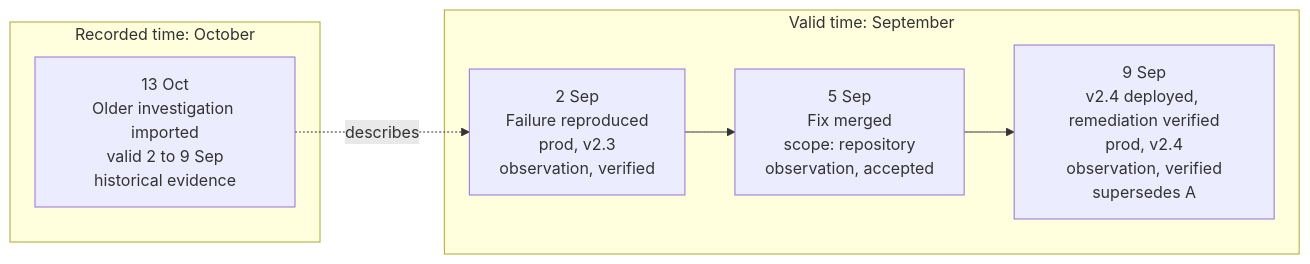
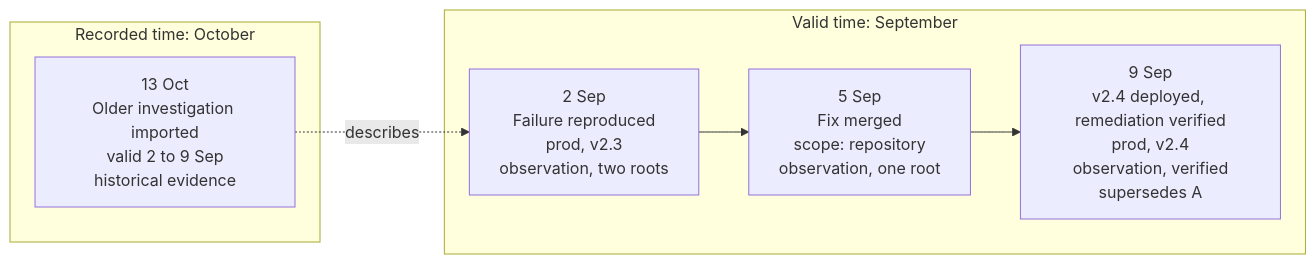
One commit to rztaylor/Froodbase changed the fifth of 9 diagrams in docs/planning/05-how-froodbase-works.md. Above: the diagram before and after it, drawn with Mermaid. The commit also changed other lines of this file and 14 other files, not shown here.

````diff
--- a/docs/planning/05-how-froodbase-works.md
+++ b/docs/planning/05-how-froodbase-works.md
@@ -211,13 +220,13 @@
 ```mermaid
 flowchart LR
     subgraph Sep["Valid time: September"]
-        A["2 Sep<br/>Failure reproduced<br/>prod, v2.3<br/>observation, verified"]
-        B["5 Sep<br/>Fix merged<br/>scope: repository<br/>observation, accepted"]
+        A["2 Sep<br/>Failure reproduced<br/>prod, v2.3<br/>observation, two roots"]
+        B["5 Sep<br/>Fix merged<br/>scope: repository<br/>observation, one root"]
         C["9 Sep<br/>v2.4 deployed, remediation verified<br/>prod, v2.4<br/>observation, verified<br/>supersedes A"]
     end
     subgraph Oct["Recorded time: October"]
         D["13 Oct<br/>Older investigation imported<br/>valid 2 to 9 Sep<br/>historical evidence"]
     end
     A --> B --> C
     D -. "describes" .-> A
 ```
````
